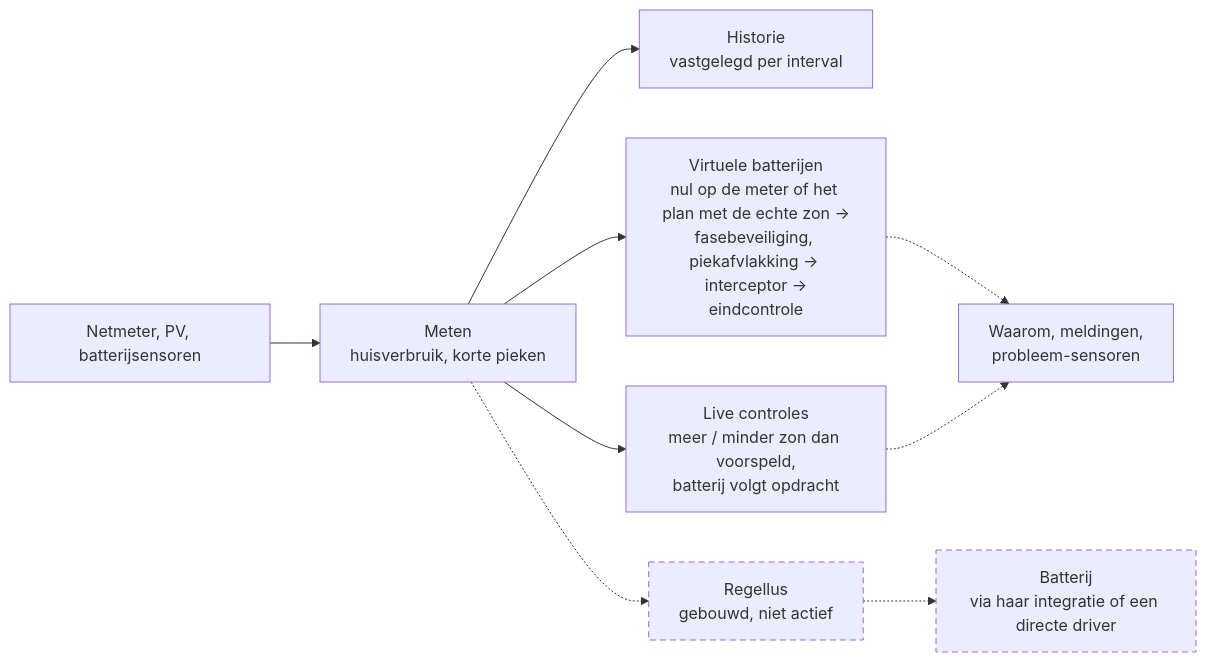
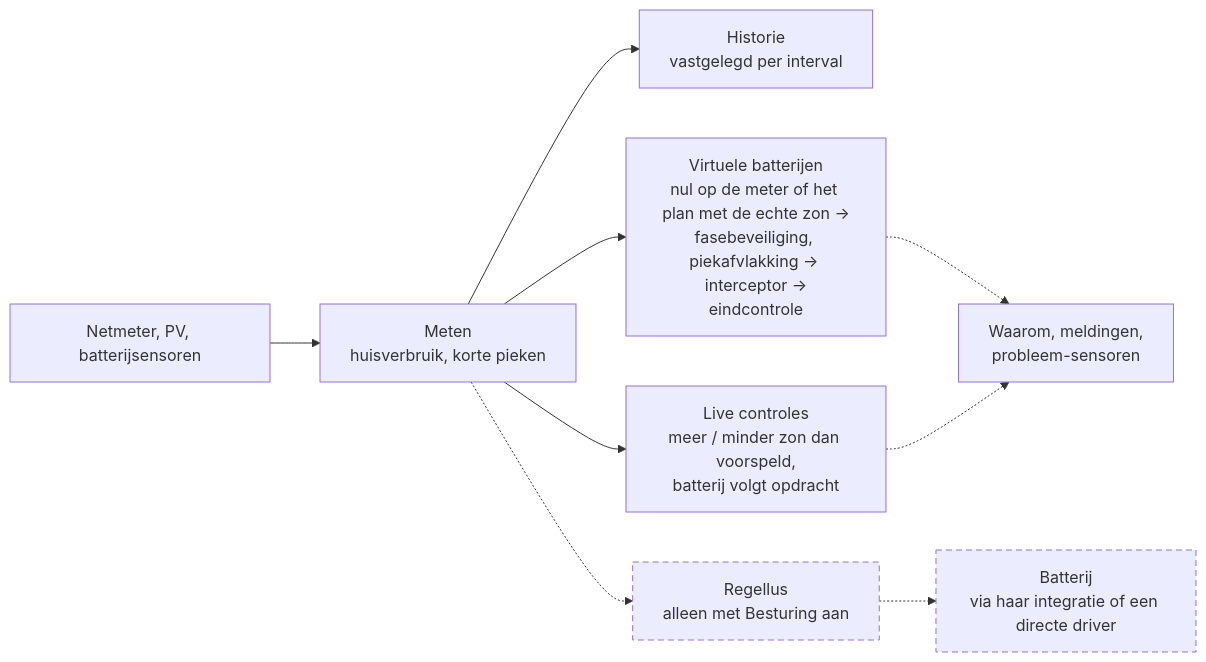
Before and after one commit to mvanrijnen/HomeBatteryAssist: the third of 4 diagrams in docs/architecture.nl.md, drawn with Mermaid. The commit also changed other lines of this file and 35 other files, not shown here.

````diff
--- a/docs/architecture.nl.md
+++ b/docs/architecture.nl.md
@@ -79,13 +79,13 @@
 ```mermaid
 flowchart LR
   L1["Netmeter, PV, batterijsensoren"] --> L2["Meten<br/>huisverbruik, korte pieken"]
   L2 --> L3["Historie<br/>vastgelegd per interval"]
   L2 --> L4["Virtuele batterijen<br/>nul op de meter of het plan met de echte zon →<br/>fasebeveiliging, piekafvlakking → interceptor →<br/>eindcontrole"]
   L2 --> L5["Live controles<br/>meer / minder zon dan voorspeld,<br/>batterij volgt opdracht"]
   L4 -.-> L6["Waarom, meldingen,<br/>probleem-sensoren"]
   L5 -.-> L6
-  L2 -.-> L7["Regellus<br/>gebouwd, niet actief"]
+  L2 -.-> L7["Regellus<br/>alleen met Besturing aan"]
   L7 -.-> L8["Batterij<br/>via haar integratie of een directe driver"]
   classDef off stroke-dasharray: 6 4
   class L7,L8 off
 ```
````
